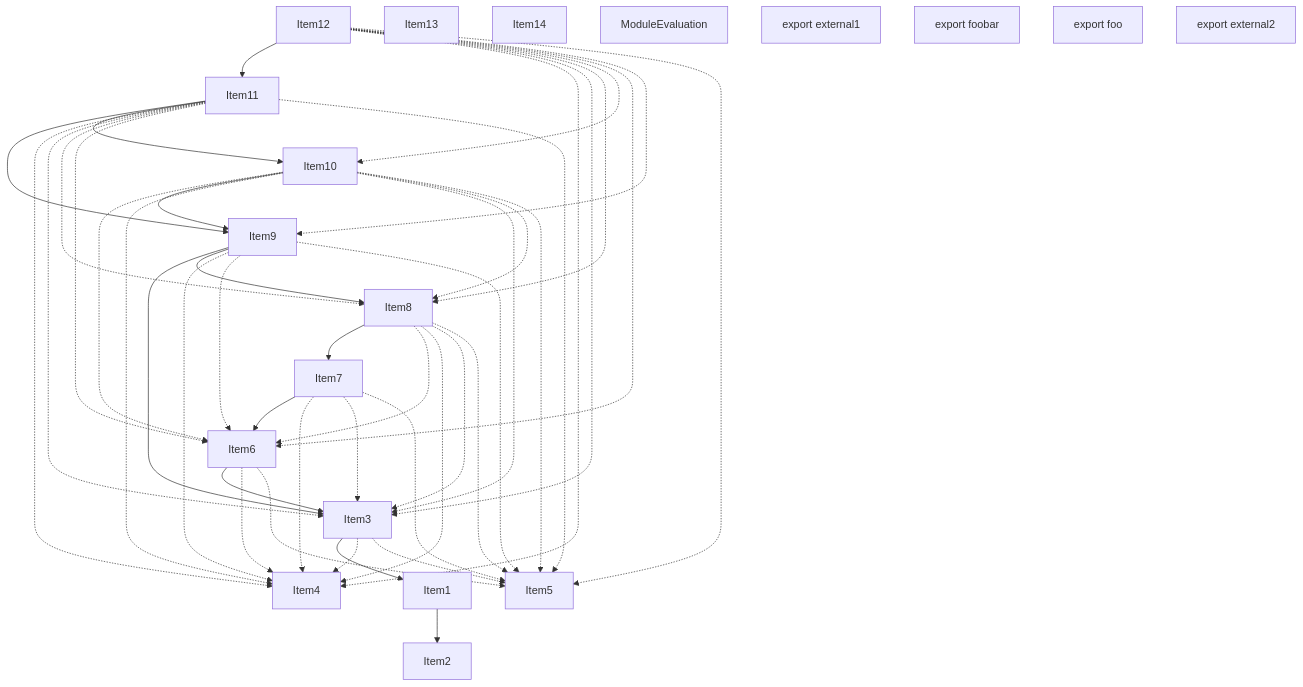
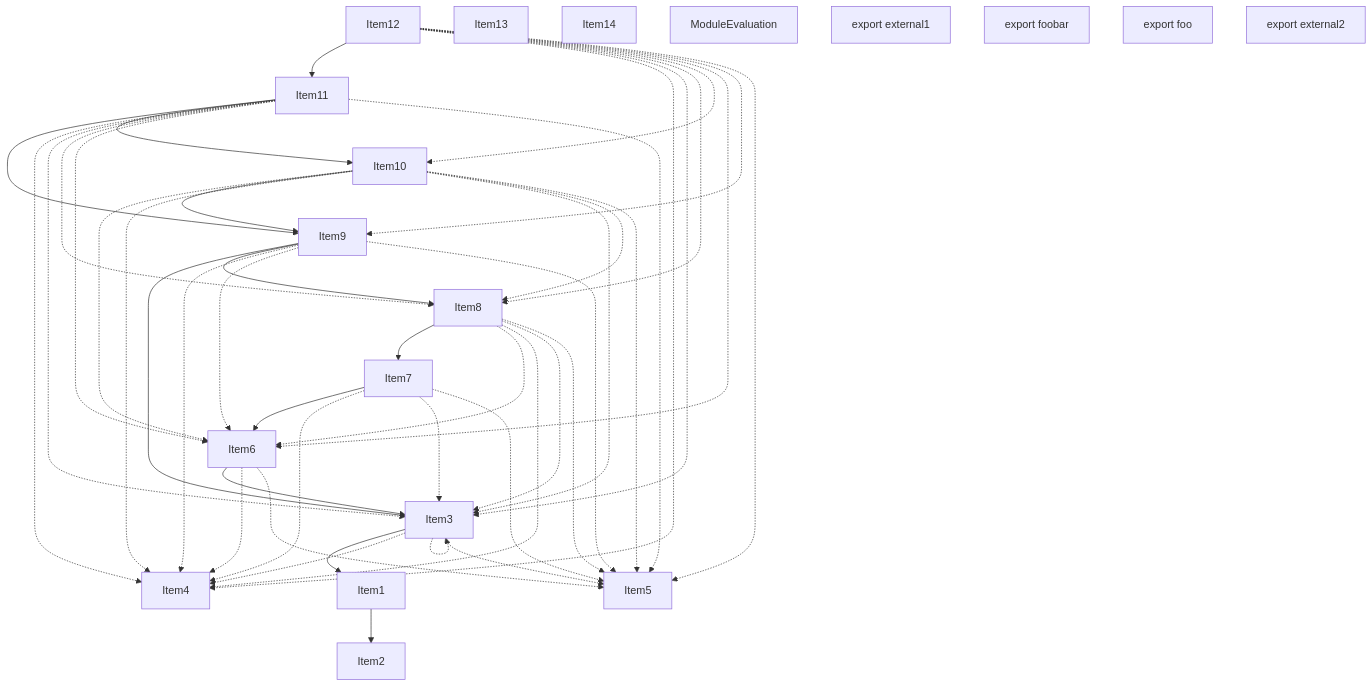
One commit to vercel/turborepo changed the second of 4 diagrams in crates/turbopack-ecmascript/tests/tree-shaker/analyzer/2/output.md. Above: the diagram before and after it, drawn with Mermaid. The commit also changed other lines of this file and 2 other files, not shown here.

````diff
--- a/crates/turbopack-ecmascript/tests/tree-shaker/analyzer/2/output.md
+++ b/crates/turbopack-ecmascript/tests/tree-shaker/analyzer/2/output.md
@@ -180,69 +180,70 @@
 ```mermaid
 graph TD
     Item1;
     Item2;
     Item3;
     Item4;
     Item5;
     Item6;
     Item7;
     Item8;
     Item9;
     Item10;
     Item11;
     Item12;
     Item13;
     Item14;
     Item15;
     Item15["ModuleEvaluation"];
     Item16;
     Item16["export external1"];
     Item17;
     Item17["export foobar"];
     Item18;
     Item18["export foo"];
     Item19;
     Item19["export external2"];
     Item1 --> Item2;
     Item3 --> Item1;
     Item3 -.-> Item4;
+    Item3 -.-> Item3;
     Item3 -.-> Item5;
     Item6 --> Item3;
     Item6 -.-> Item4;
     Item6 -.-> Item5;
     Item7 --> Item6;
     Item7 -.-> Item4;
     Item7 -.-> Item3;
     Item7 -.-> Item5;
     Item8 --> Item7;
     Item8 -.-> Item6;
     Item8 -.-> Item4;
     Item8 -.-> Item3;
     Item8 -.-> Item5;
     Item9 --> Item3;
     Item9 --> Item8;
     Item9 -.-> Item4;
     Item9 -.-> Item6;
     Item9 -.-> Item5;
     Item10 -.-> Item6;
     Item10 --> Item9;
     Item10 -.-> Item4;
     Item10 -.-> Item3;
     Item10 -.-> Item8;
     Item10 -.-> Item5;
     Item11 --> Item9;
     Item11 --> Item10;
     Item11 -.-> Item4;
     Item11 -.-> Item3;
     Item11 -.-> Item8;
     Item11 -.-> Item6;
     Item11 -.-> Item5;
     Item12 --> Item11;
     Item12 -.-> Item4;
     Item12 -.-> Item3;
     Item12 -.-> Item8;
     Item12 -.-> Item10;
     Item12 -.-> Item6;
     Item12 -.-> Item9;
     Item12 -.-> Item5;
 ```
````
